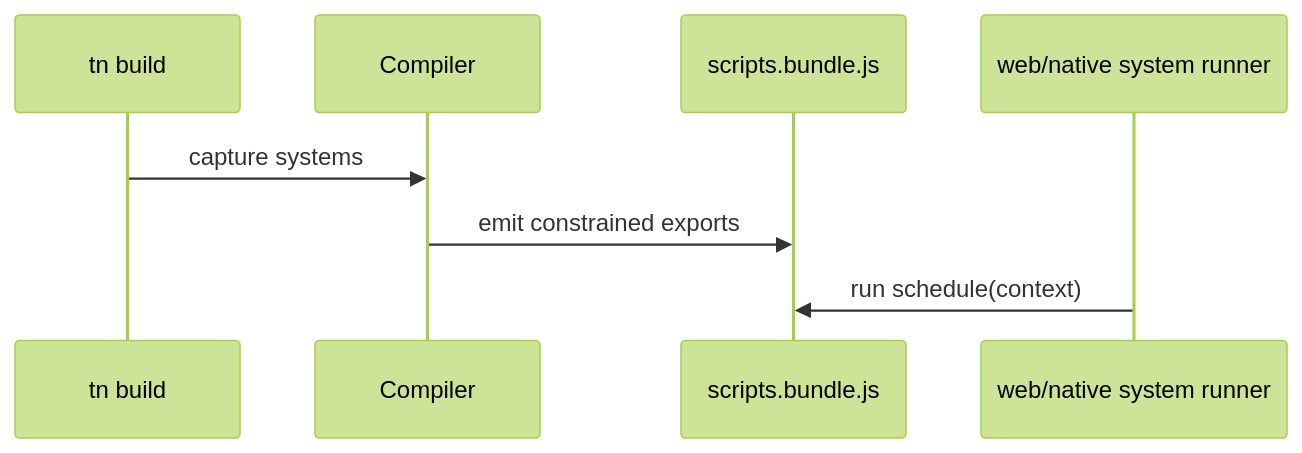
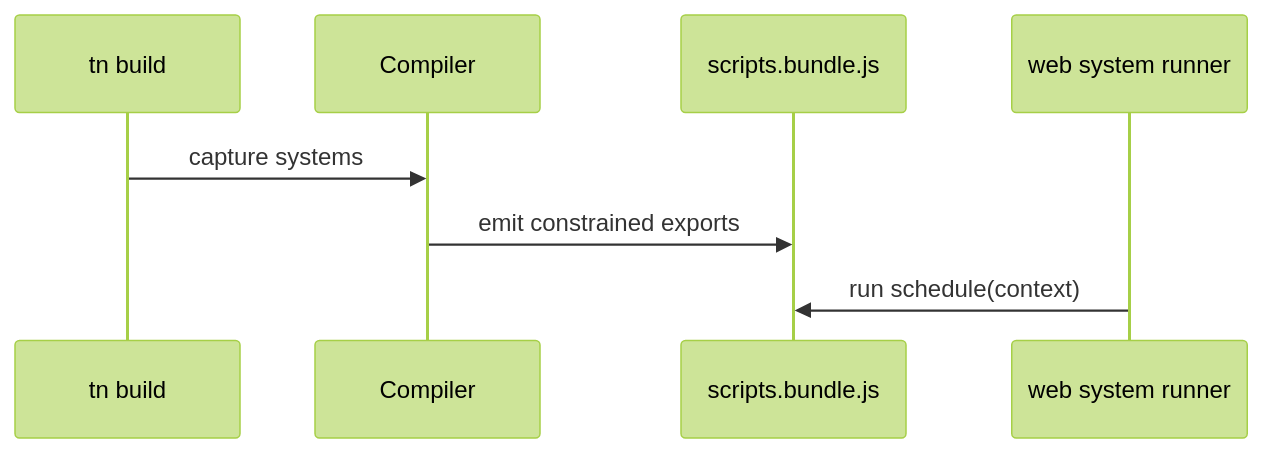
One commit to jonit-dev/threejs-to-bevy changed the diagram in docs/PRDs/v2/V2-03-typescript-systems-and-runtime-host.md. Above: the diagram before and after it, drawn with Mermaid (forest theme). The commit also changed other lines of this file and 8 other files, not shown here.

````diff
--- a/docs/PRDs/v2/V2-03-typescript-systems-and-runtime-host.md
+++ b/docs/PRDs/v2/V2-03-typescript-systems-and-runtime-host.md
@@ -32,10 +35,10 @@
 ```mermaid
 sequenceDiagram
   participant Build as tn build
   participant Compiler
   participant Scripts as scripts.bundle.js
-  participant Runtime as web/native system runner
+  participant Runtime as web system runner
   Build->>Compiler: capture systems
   Compiler->>Scripts: emit constrained exports
   Runtime->>Scripts: run schedule(context)
 ```
````
